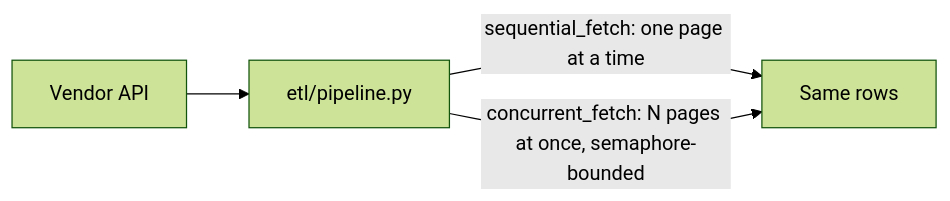
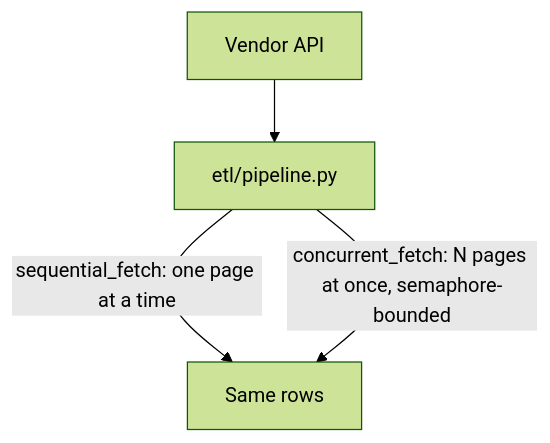
Before and after one commit to paulocremas-showcase/data-etl-demo: the diagram in README.md, drawn with Mermaid (forest theme).

Commit message:
docs: orient README flowchart vertically for readability

````diff
--- a/README.md
+++ b/README.md
@@ -23,6 +23,6 @@
 ```mermaid
-flowchart LR
+flowchart TD
     A[Vendor API] --> B[etl/pipeline.py]
     B -->|sequential_fetch: one page at a time| C[Same rows]
     B -->|concurrent_fetch: N pages at once, semaphore-bounded| C
 ```
````
